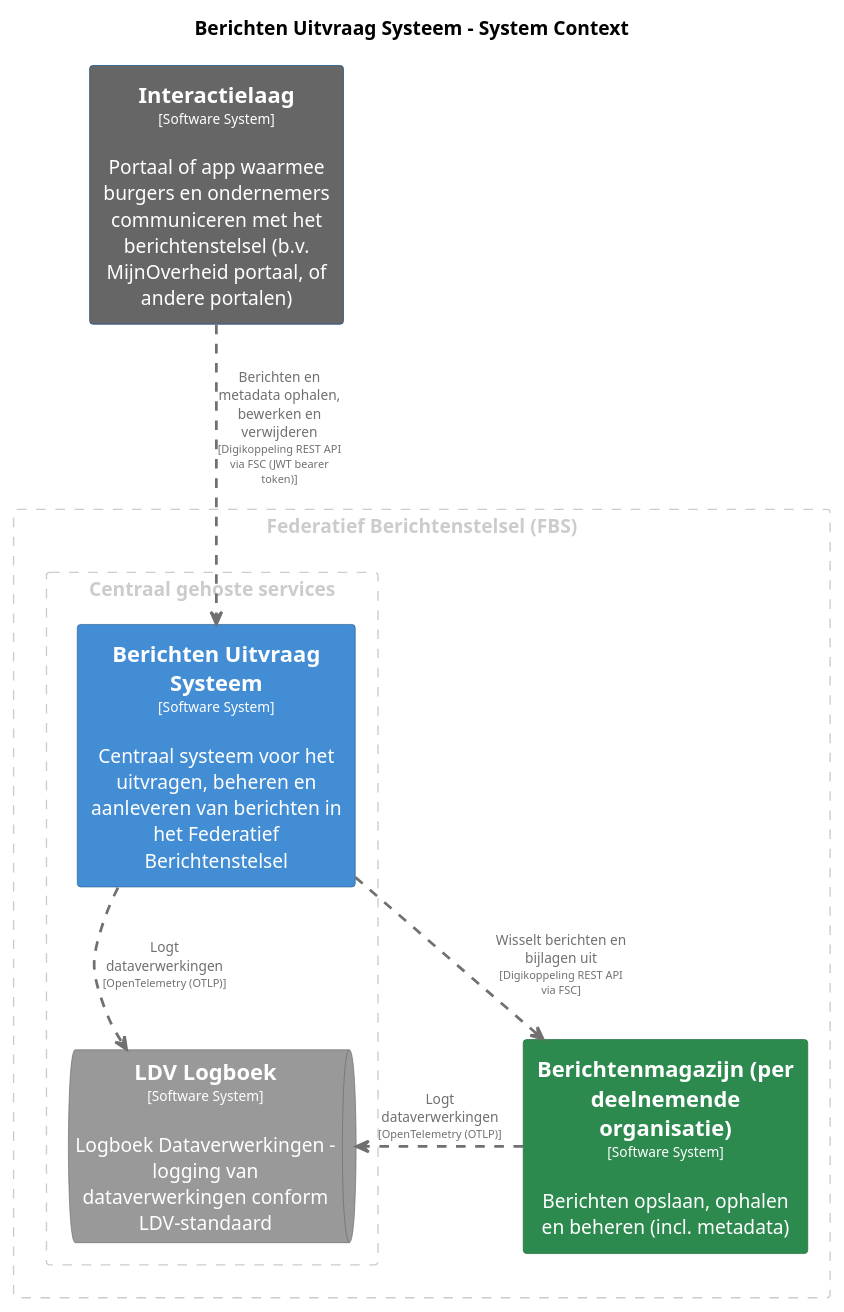
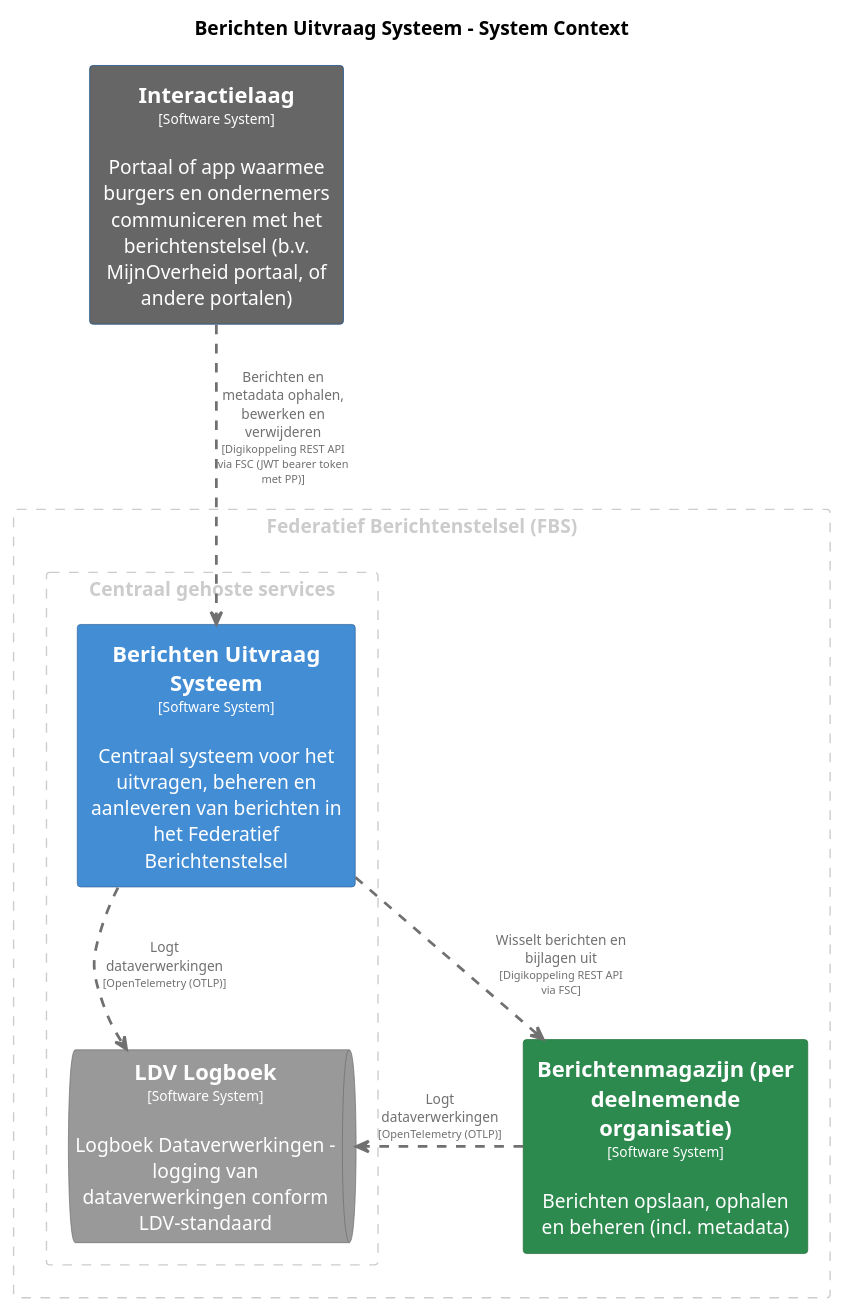
Before and after one commit to MinBZK/moza-poc-fbs-berichtenbox: the diagram in pr-preview/pr-22/master/puml/BerichtenUitvraagSysteem.puml, drawn with PlantUML. The commit also changed 34 other files, not shown here.

```diff
--- a/pr-preview/pr-22/master/puml/BerichtenUitvraagSysteem.puml
+++ b/pr-preview/pr-22/master/puml/BerichtenUitvraagSysteem.puml
@@ -1,66 +1,66 @@
 @startuml
 set separator none
 title Berichten Uitvraag Systeem - System Context
 
 top to bottom direction
 skinparam ranksep 60
 skinparam nodesep 30
 
 skinparam {
   arrowFontSize 10
   defaultTextAlignment center
   wrapWidth 200
   maxMessageSize 100
 }
 
 hide stereotype
 
 skinparam rectangle<<BerichtenUitvraagSysteem>> {
   BackgroundColor #438dd5
   FontColor #ffffff
   BorderColor #2e6295
   shadowing false
 }
 skinparam rectangle<<Berichtenmagazijnperdeelnemendeorganisatie>> {
   BackgroundColor #2d8a4e
   FontColor #ffffff
   BorderColor #1e6b38
   shadowing false
 }
 skinparam rectangle<<Interactielaag>> {
   BackgroundColor #666666
   FontColor #ffffff
   BorderColor #0b4884
   shadowing false
 }
 skinparam queue<<LDVLogboek>> {
   BackgroundColor #999999
   FontColor #ffffff
   BorderColor #6b6b6b
   shadowing false
 }
 
 rectangle "Federatief Berichtenstelsel (FBS)" <<group1>> as group1 {
   skinparam RectangleBorderColor<<group1>> #cccccc
   skinparam RectangleFontColor<<group1>> #cccccc
   skinparam RectangleBorderStyle<<group1>> dashed
 
   rectangle "==Berichtenmagazijn (per deelnemende organisatie)\n<size:10>[Software System]</size>\n\nBerichten opslaan, ophalen en beheren (incl. metadata)" <<Berichtenmagazijnperdeelnemendeorganisatie>> as Berichtenmagazijnperdeelnemendeorganisatie
     rectangle "Centraal gehoste services" <<group2>> as group2 {
       skinparam RectangleBorderColor<<group2>> #cccccc
       skinparam RectangleFontColor<<group2>> #cccccc
       skinparam RectangleBorderStyle<<group2>> dashed
 
       rectangle "==Berichten Uitvraag Systeem\n<size:10>[Software System]</size>\n\nCentraal systeem voor het uitvragen, beheren en aanleveren van berichten in het Federatief Berichtenstelsel" <<BerichtenUitvraagSysteem>> as BerichtenUitvraagSysteem
       queue "==LDV Logboek\n<size:10>[Software System]</size>\n\nLogboek Dataverwerkingen - logging van dataverwerkingen conform LDV-standaard" <<LDVLogboek>> as LDVLogboek
     }
 
 }
 
 rectangle "==Interactielaag\n<size:10>[Software System]</size>\n\nPortaal of app waarmee burgers en ondernemers communiceren met het berichtenstelsel (b.v. MijnOverheid portaal, of andere portalen)" <<Interactielaag>> as Interactielaag
 
 Berichtenmagazijnperdeelnemendeorganisatie .[#707070,thickness=2].> LDVLogboek : "<color:#707070>Logt dataverwerkingen\n<color:#707070><size:8>[OpenTelemetry (OTLP)]</size>"
 BerichtenUitvraagSysteem .[#707070,thickness=2].> LDVLogboek : "<color:#707070>Logt dataverwerkingen\n<color:#707070><size:8>[OpenTelemetry (OTLP)]</size>"
 BerichtenUitvraagSysteem .[#707070,thickness=2].> Berichtenmagazijnperdeelnemendeorganisatie : "<color:#707070>Wisselt berichten en bijlagen uit\n<color:#707070><size:8>[Digikoppeling REST API via FSC]</size>"
-Interactielaag .[#707070,thickness=2].> BerichtenUitvraagSysteem : "<color:#707070>Berichten en metadata ophalen, bewerken en verwijderen\n<color:#707070><size:8>[Digikoppeling REST API via FSC (JWT bearer token)]</size>"
+Interactielaag .[#707070,thickness=2].> BerichtenUitvraagSysteem : "<color:#707070>Berichten en metadata ophalen, bewerken en verwijderen\n<color:#707070><size:8>[Digikoppeling REST API via FSC (JWT bearer token met PP)]</size>"
 @enduml
```
